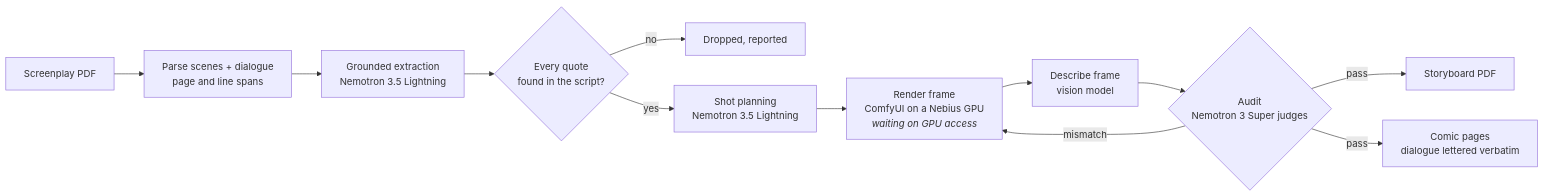
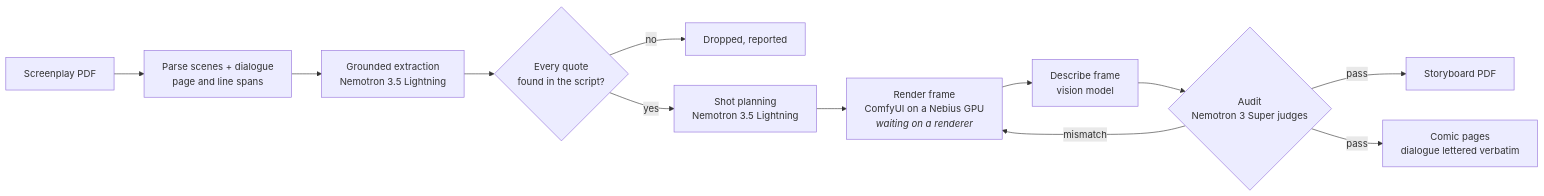
One commit to Katlego-tech/Panelwise changed the diagram in README.md. Above: the diagram before and after it, drawn with Mermaid. The commit also changed other lines of this file and 1 other file, not shown here.

Commit message:
docs(readme): T033 refresh after T042, T045, T021 and T061 — the storyboard and frame sheet, the re-render loop built and waiting on a renderer

````diff
--- a/README.md
+++ b/README.md
@@ -38,14 +39,14 @@
 ```mermaid
 flowchart LR
   PDF[Screenplay PDF] --> P[Parse scenes + dialogue<br/>page and line spans]
   P --> G[Grounded extraction<br/>Nemotron 3.5 Lightning]
   G --> F{Every quote<br/>found in the script?}
   F -- no --> X[Dropped, reported]
   F -- yes --> S[Shot planning<br/>Nemotron 3.5 Lightning]
-  S --> R[Render frame<br/>ComfyUI on a Nebius GPU<br/><i>waiting on GPU access</i>]
+  S --> R[Render frame<br/>ComfyUI on a Nebius GPU<br/><i>waiting on a renderer</i>]
   R --> D[Describe frame<br/>vision model]
   D --> V{Audit<br/>Nemotron 3 Super judges}
   V -- mismatch --> R
   V -- pass --> B[Storyboard PDF]
   V -- pass --> C[Comic pages<br/>dialogue lettered verbatim]
 ```
````
